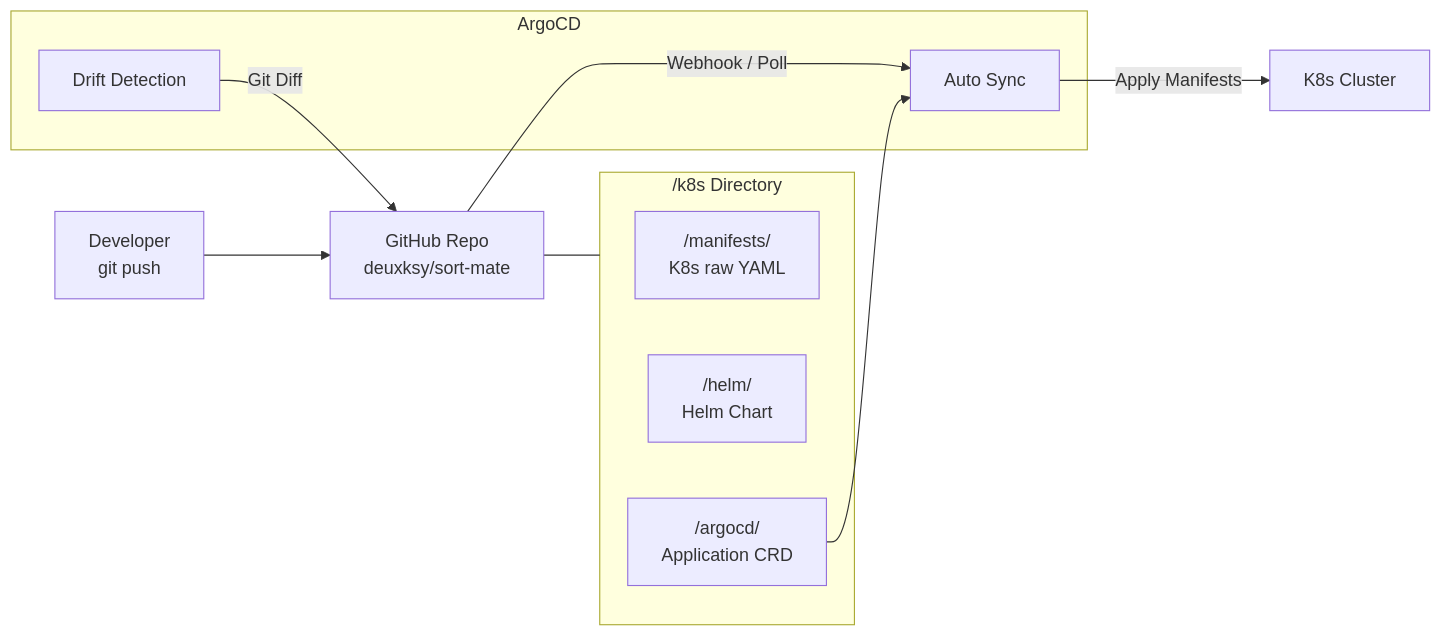
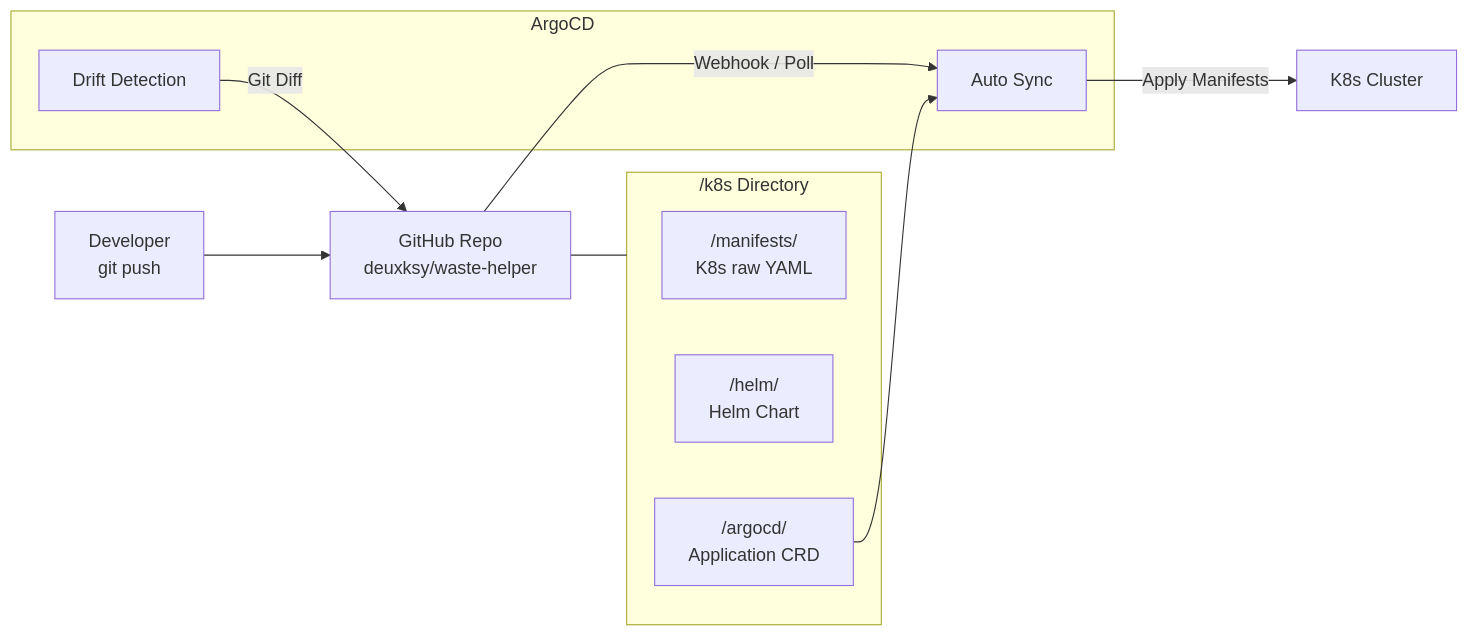
The seventh of 7 diagrams in docs/architecture.md (deuxksy/waste-helper), drawn with Mermaid before and after one commit. The commit also changed other lines of this file and 1 other file, not shown here.

Commit message:
refactor: 프로젝트명 sort-mate → waste-helper 변경

````diff
--- a/docs/architecture.md
+++ b/docs/architecture.md
@@ -243,22 +243,22 @@
 ```mermaid
 graph LR
-    Dev["Developer<br/>git push"] --> GitHub["GitHub Repo<br/>deuxksy/sort-mate"]
+    Dev["Developer<br/>git push"] --> GitHub["GitHub Repo<br/>deuxksy/waste-helper"]
 
     subgraph ArgoCD["ArgoCD"]
         Sync["Auto Sync"]
         Diff["Drift Detection"]
     end
 
     GitHub -->|"Webhook / Poll"| Sync
     Sync -->|"Apply Manifests"| K8s["K8s Cluster"]
 
     subgraph Repo["/k8s Directory"]
         Manifests["/manifests/<br/>K8s raw YAML"]
         Helm["/helm/<br/>Helm Chart"]
         App["/argocd/<br/>Application CRD"]
     end
 
     GitHub --- Repo
     App --> Sync
     Diff -->|"Git Diff"| GitHub
 ```
````
